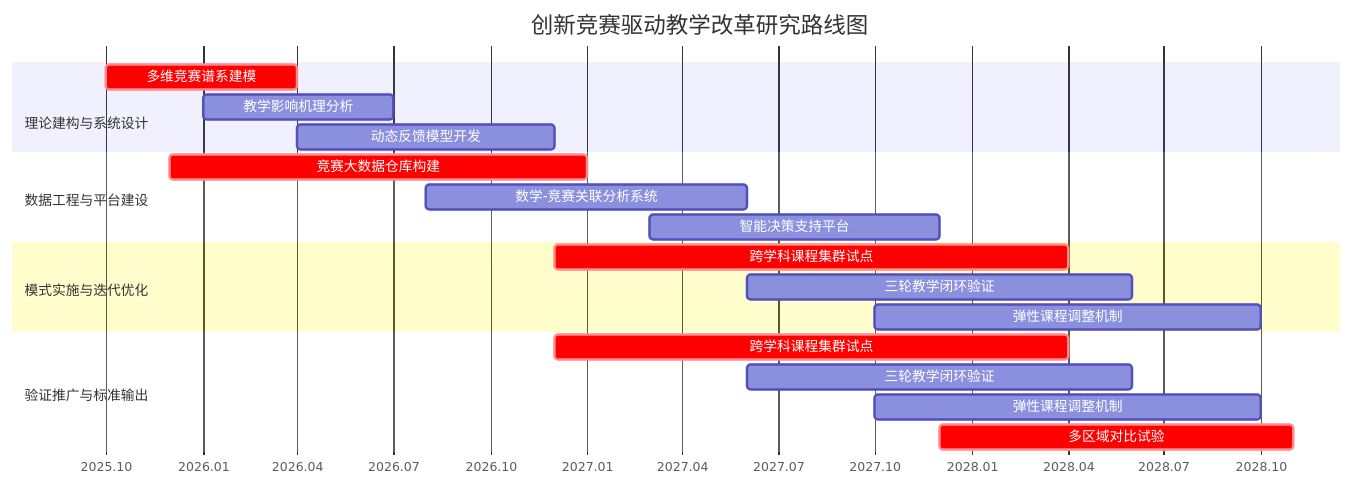
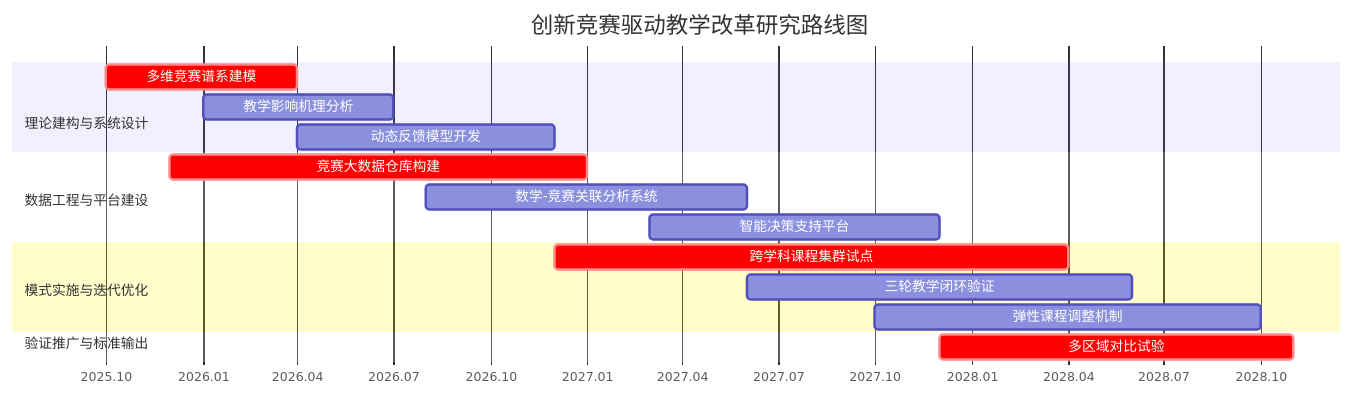
One commit to MC2001323/iodraw-files changed the diagram in all/代码甘特图.md. Above: the diagram before and after it, drawn with Mermaid.

Commit message:
2025-04-08 21:18:44 update

````diff
--- a/all/代码甘特图.md
+++ b/all/代码甘特图.md
@@ -1,29 +1,25 @@
 ```mermaid
 gantt
     title 创新竞赛驱动教学改革研究路线图
     dateFormat  YYYY-MM
     axisFormat  %Y.%m
 
     section <br>理论建构与系统设计
     多维竞赛谱系建模        :crit, a1, 2025-10, 2026-04
     教学影响机理分析        :a2, 2026-01, 2026-07
     动态反馈模型开发        :a3, 2026-04, 2026-12
 
     section 数据工程与平台建设
     竞赛大数据仓库构建      :crit, b1, 2025-12, 2027-01
     数学-竞赛关联分析系统   :b2, 2026-08, 2027-06
     智能决策支持平台        :b3, 2027-03, 2027-12
 
     section 模式实施与迭代优化
     跨学科课程集群试点     :crit, c1, 2026-12, 2028-04
     三轮教学闭环验证       :c2, 2027-06, 2028-06
     弹性课程调整机制       :c3, 2027-10, 2028-10
     
-
-    section 验证推广与标准输出
-    跨学科课程集群试点     :crit, c1, 2026-12, 2028-04
-    三轮教学闭环验证       :c2, 2027-06, 2028-06
-    弹性课程调整机制       :c3, 2027-10, 2028-10
+    section 验证推广与标准输出<br>
     多区域对比试验         :crit, c4, 2027-12, 2028-11
 
 ```
````
